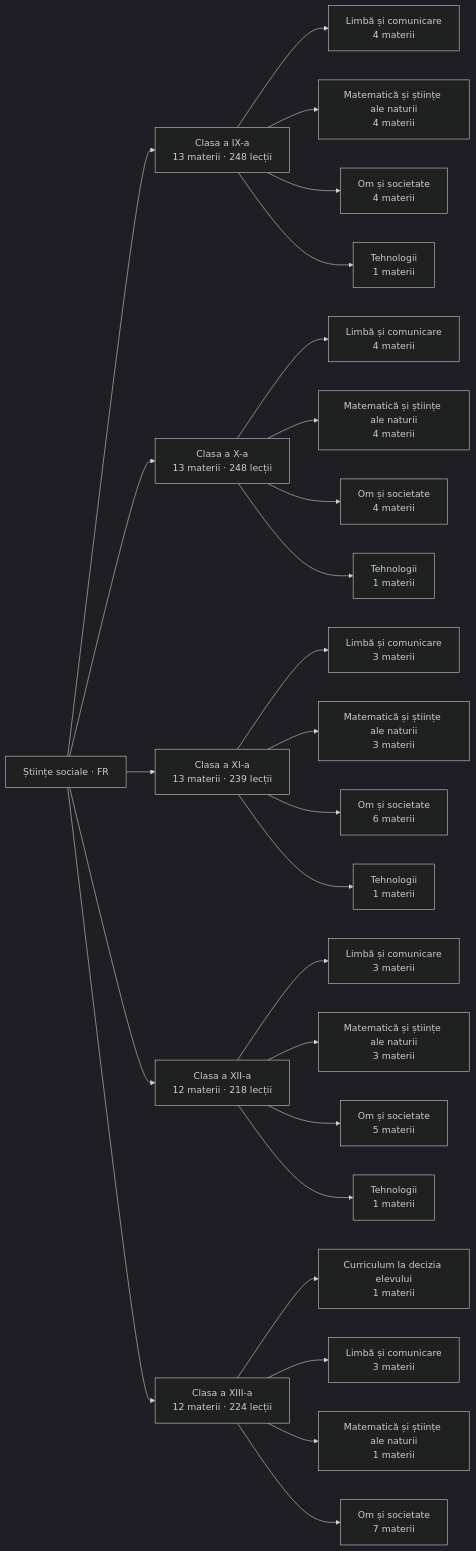
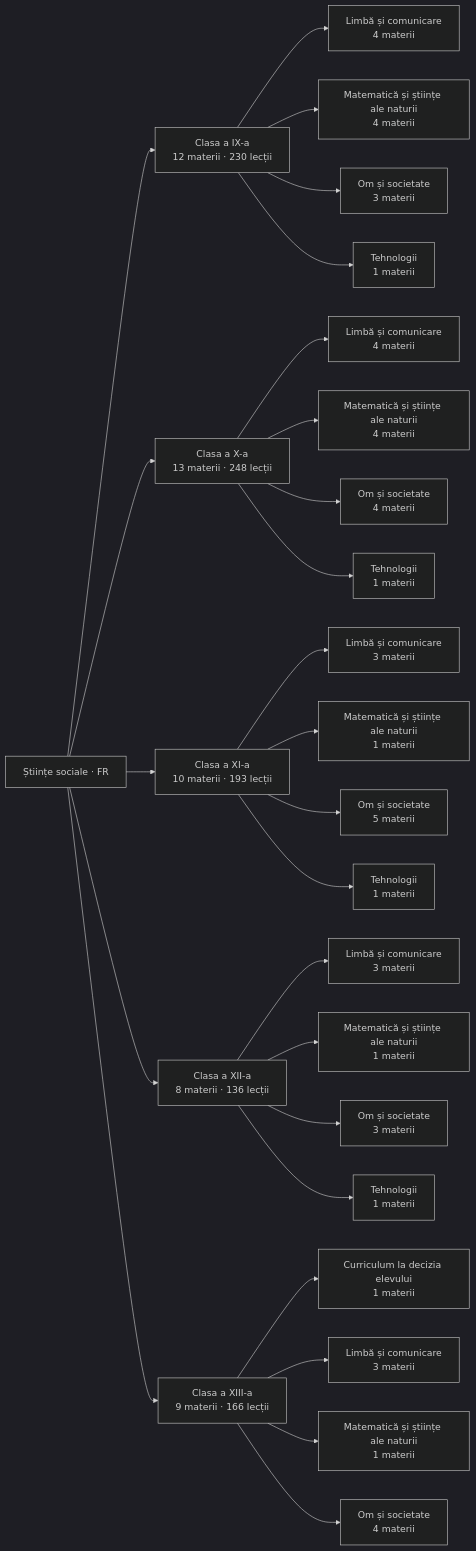
One commit to almeueste777-ops/Stiinte01 changed the diagram in vault/Hartă de învățare.md. Above: the diagram before and after it, drawn with Mermaid (dark theme). The commit also changed other lines of this file and 536 other files, not shown here.

````diff
--- a/vault/Hartă de învățare.md
+++ b/vault/Hartă de învățare.md
@@ -10,54 +10,54 @@
 ```mermaid
 graph LR
   P["Științe sociale · FR"]
-  C0["Clasa a IX-a<br/>13 materii · 248 lecții"]
+  C0["Clasa a IX-a<br/>12 materii · 230 lecții"]
   P --> C0
   A0_0["Limbă și comunicare<br/>4 materii"]
   C0 --> A0_0
   A0_1["Matematică și științe ale naturii<br/>4 materii"]
   C0 --> A0_1
-  A0_2["Om și societate<br/>4 materii"]
+  A0_2["Om și societate<br/>3 materii"]
   C0 --> A0_2
   A0_3["Tehnologii<br/>1 materii"]
   C0 --> A0_3
   C1["Clasa a X-a<br/>13 materii · 248 lecții"]
   P --> C1
   A1_0["Limbă și comunicare<br/>4 materii"]
   C1 --> A1_0
   A1_1["Matematică și științe ale naturii<br/>4 materii"]
   C1 --> A1_1
   A1_2["Om și societate<br/>4 materii"]
   C1 --> A1_2
   A1_3["Tehnologii<br/>1 materii"]
   C1 --> A1_3
-  C2["Clasa a XI-a<br/>13 materii · 239 lecții"]
+  C2["Clasa a XI-a<br/>10 materii · 193 lecții"]
   P --> C2
   A2_0["Limbă și comunicare<br/>3 materii"]
   C2 --> A2_0
-  A2_1["Matematică și științe ale naturii<br/>3 materii"]
+  A2_1["Matematică și științe ale naturii<br/>1 materii"]
   C2 --> A2_1
-  A2_2["Om și societate<br/>6 materii"]
+  A2_2["Om și societate<br/>5 materii"]
   C2 --> A2_2
   A2_3["Tehnologii<br/>1 materii"]
   C2 --> A2_3
-  C3["Clasa a XII-a<br/>12 materii · 218 lecții"]
+  C3["Clasa a XII-a<br/>8 materii · 136 lecții"]
   P --> C3
   A3_0["Limbă și comunicare<br/>3 materii"]
   C3 --> A3_0
-  A3_1["Matematică și științe ale naturii<br/>3 materii"]
+  A3_1["Matematică și științe ale naturii<br/>1 materii"]
   C3 --> A3_1
-  A3_2["Om și societate<br/>5 materii"]
+  A3_2["Om și societate<br/>3 materii"]
   C3 --> A3_2
   A3_3["Tehnologii<br/>1 materii"]
   C3 --> A3_3
-  C4["Clasa a XIII-a<br/>12 materii · 224 lecții"]
+  C4["Clasa a XIII-a<br/>9 materii · 166 lecții"]
   P --> C4
   A4_0["Curriculum la decizia elevului<br/>1 materii"]
   C4 --> A4_0
   A4_1["Limbă și comunicare<br/>3 materii"]
   C4 --> A4_1
   A4_2["Matematică și științe ale naturii<br/>1 materii"]
   C4 --> A4_2
-  A4_3["Om și societate<br/>7 materii"]
+  A4_3["Om și societate<br/>4 materii"]
   C4 --> A4_3
 ```
````
